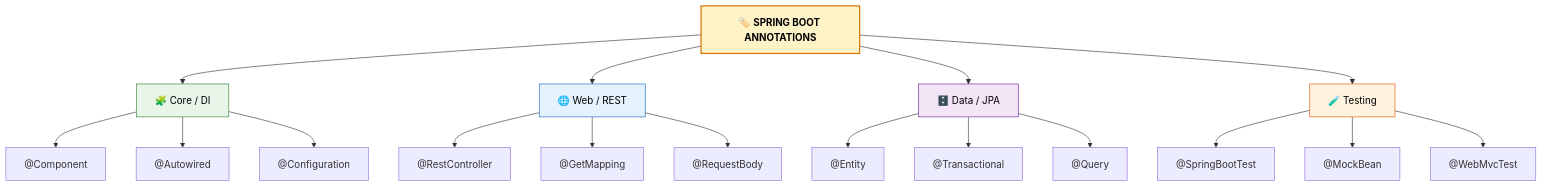
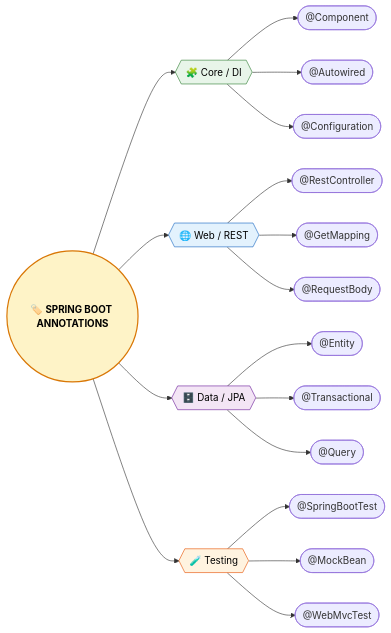
One commit to saivamsikaruturi/vamsilabs-dev-notes-main changed the first of 2 diagrams in docs/springboot/Annotations.md. Above: the diagram before and after it, drawn with Mermaid. The commit also changed other lines of this file and 146 other files, not shown here.

Commit message:
Horizontal diagrams, UML class diagrams, typography overhaul, and permalink cleanup

````diff
--- a/docs/springboot/Annotations.md
+++ b/docs/springboot/Annotations.md
@@ -7,30 +7,30 @@
 ```mermaid
-flowchart TD
-    SB["🏷️ <b>SPRING BOOT ANNOTATIONS</b>"]
-    SB --> Core["🧩 Core / DI"]
-    SB --> Web["🌐 Web / REST"]
-    SB --> Data["🗄️ Data / JPA"]
-    SB --> Test["🧪 Testing"]
+flowchart LR
+    SB(("🏷️ <b>SPRING BOOT ANNOTATIONS</b>"))
+    SB --> Core{{"🧩 Core / DI"}}
+    SB --> Web{{"🌐 Web / REST"}}
+    SB --> Data{{"🗄️ Data / JPA"}}
+    SB --> Test{{"🧪 Testing"}}
     
-    Core --> C1["@Component"]
-    Core --> C2["@Autowired"]
-    Core --> C3["@Configuration"]
+    Core --> C1(["@Component"])
+    Core --> C2(["@Autowired"])
+    Core --> C3(["@Configuration"])
     
-    Web --> W1["@RestController"]
-    Web --> W2["@GetMapping"]
-    Web --> W3["@RequestBody"]
+    Web --> W1(["@RestController"])
+    Web --> W2(["@GetMapping"])
+    Web --> W3(["@RequestBody"])
     
-    Data --> D1["@Entity"]
-    Data --> D2["@Transactional"]
-    Data --> D3["@Query"]
+    Data --> D1(["@Entity"])
+    Data --> D2(["@Transactional"])
+    Data --> D3(["@Query"])
     
-    Test --> T1["@SpringBootTest"]
-    Test --> T2["@MockBean"]
-    Test --> T3["@WebMvcTest"]
+    Test --> T1(["@SpringBootTest"])
+    Test --> T2(["@MockBean"])
+    Test --> T3(["@WebMvcTest"])
 
     style SB fill:#FEF3C7,stroke:#D97706,stroke-width:2px,color:#000
     style Core fill:#E8F5E9,stroke:#2E7D32,color:#000
     style Web fill:#E3F2FD,stroke:#1565C0,color:#000
     style Data fill:#F3E5F5,stroke:#6A1B9A,color:#000
     style Test fill:#FFF3E0,stroke:#E65100,color:#000
 ```
````
